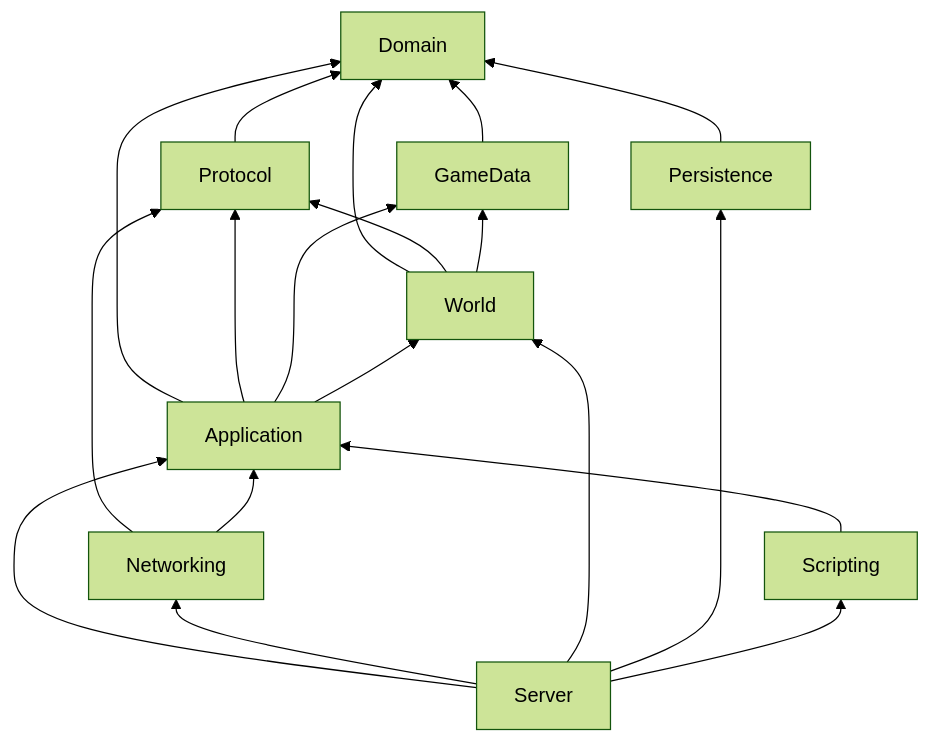
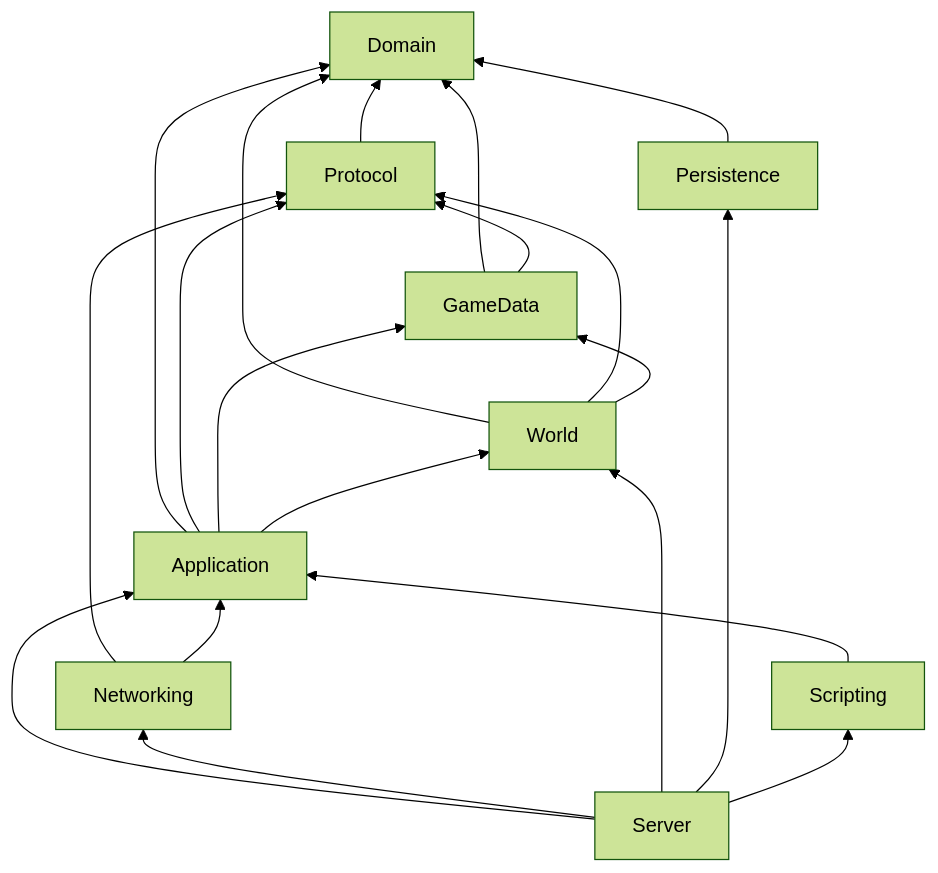
Before and after one commit to TPJ11/InfiniteSky: the diagram in docs/architecture/FOUNDATION_IMPLEMENTATION.md, drawn with Mermaid (forest theme). The commit also changed other lines of this file and 48 other files, not shown here.

````diff
--- a/docs/architecture/FOUNDATION_IMPLEMENTATION.md
+++ b/docs/architecture/FOUNDATION_IMPLEMENTATION.md
@@ -49,31 +49,32 @@
 ```mermaid
 flowchart BT
     Domain[Domain]
     Protocol[Protocol]
     GameData[GameData]
     Persistence[Persistence]
     World[World]
     Application[Application]
     Scripting[Scripting]
     Networking[Networking]
     Server[Server]
 
     Protocol --> Domain
     GameData --> Domain
+    GameData --> Protocol
     Persistence --> Domain
     World --> Domain
     World --> Protocol
     World --> GameData
     Application --> Domain
     Application --> Protocol
     Application --> GameData
     Application --> World
     Scripting --> Application
     Networking --> Protocol
     Networking --> Application
     Server --> Application
     Server --> Networking
     Server --> World
     Server --> Persistence
     Server --> Scripting
 ```
````
